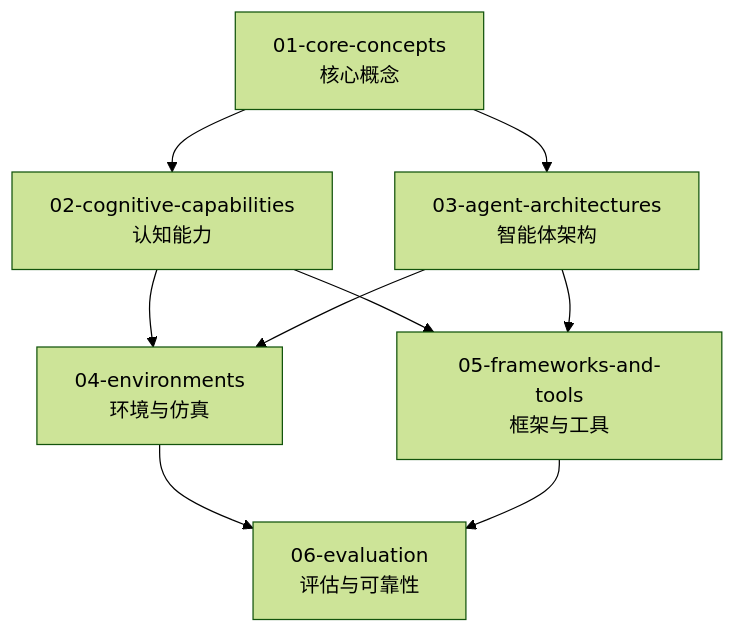
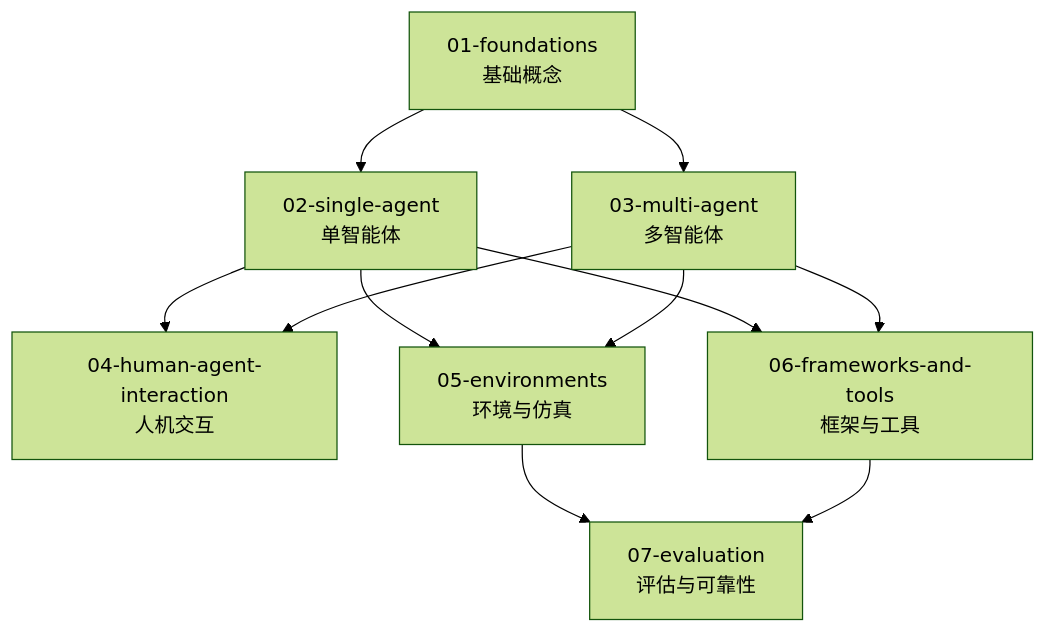
The diagram in agentic/README.md (wenyuexin/MachineLearning), drawn with Mermaid (forest theme) before and after one commit. The commit also changed other lines of this file and 177 other files, not shown here.

````diff
--- a/agentic/README.md
+++ b/agentic/README.md
@@ -74,11 +97,13 @@
 ```mermaid
 flowchart TD
-    A[01-core-concepts<br/>核心概念] --> B[02-cognitive-capabilities<br/>认知能力]
-    A --> C[03-agent-architectures<br/>智能体架构]
-    B --> D[04-environments<br/>环境与仿真]
+    A[01-foundations<br/>基础概念] --> B[02-single-agent<br/>单智能体]
+    A --> C[03-multi-agent<br/>多智能体]
+    B --> D[04-human-agent-interaction<br/>人机交互]
     C --> D
-    B --> E[05-frameworks-and-tools<br/>框架与工具]
+    B --> E[05-environments<br/>环境与仿真]
     C --> E
-    D --> F[06-evaluation<br/>评估与可靠性]
-    E --> F
+    B --> F[06-frameworks-and-tools<br/>框架与工具]
+    C --> F
+    E --> G[07-evaluation<br/>评估与可靠性]
+    F --> G
 ```
````
